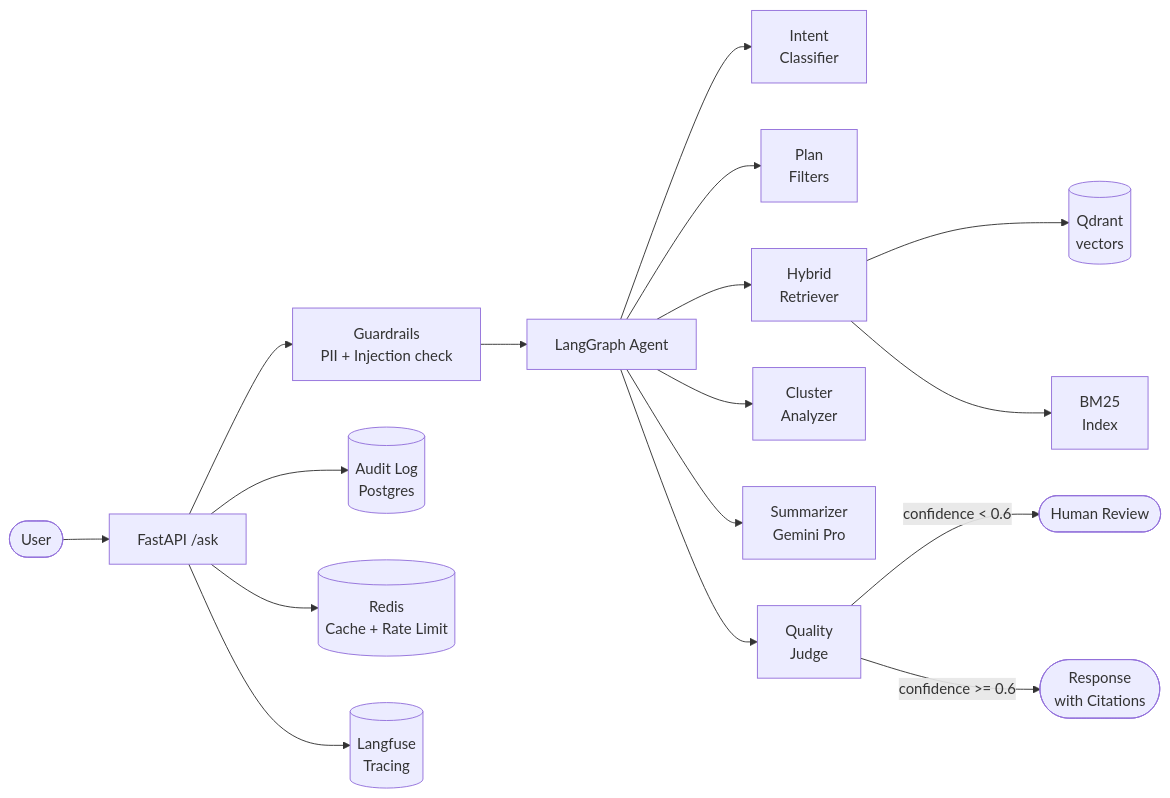
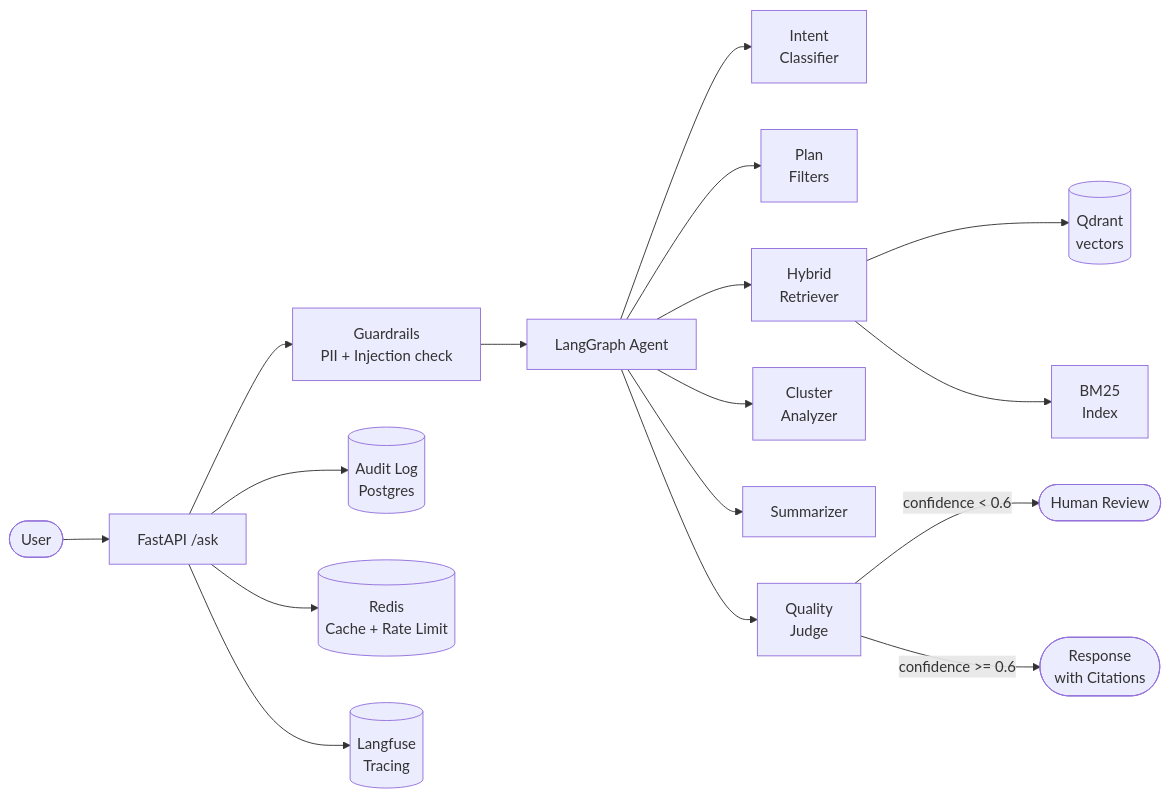
The first of 2 diagrams in README.md (bsamsonov/product-insight-agent), drawn with Mermaid before and after one commit. The commit also changed other lines of this file, not shown here.

````diff
--- a/README.md
+++ b/README.md
@@ -5,19 +5,19 @@
 ```mermaid
 flowchart LR
     User([User]) --> API[FastAPI /ask]
     API --> Guards[Guardrails\nPII + Injection check]
     Guards --> Agent[LangGraph Agent]
     Agent --> Intent[Intent\nClassifier]
     Agent --> Planner[Plan\nFilters]
     Agent --> Retriever[Hybrid\nRetriever]
     Retriever --> Qdrant[(Qdrant\nvectors)]
     Retriever --> BM25[BM25\nIndex]
     Agent --> Cluster[Cluster\nAnalyzer]
-    Agent --> Summarize[Summarizer\nGemini Pro]
+    Agent --> Summarize[Summarizer]
     Agent --> Judge[Quality\nJudge]
     Judge -->|confidence < 0.6| HITL([Human Review])
     Judge -->|confidence >= 0.6| Response([Response\nwith Citations])
     API --> Audit[(Audit Log\nPostgres)]
     API --> Cache[(Redis\nCache + Rate Limit)]
     API --> Langfuse[(Langfuse\nTracing)]
 ```
````
